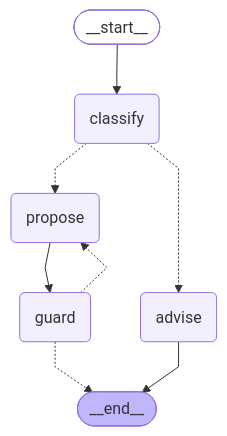
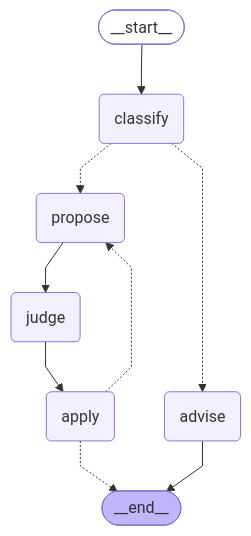
The diagram in lynq-agent/README.md (MatLock/UdeSA-lynq), drawn with Mermaid before and after one commit. The commit also changed other lines of this file and 30 other files, not shown here.

````diff
--- a/lynq-agent/README.md
+++ b/lynq-agent/README.md
@@ -53,24 +53,26 @@
 ```mermaid
 ---
 config:
   flowchart:
     curve: linear
 ---
 graph TD;
 	__start__([<p>__start__</p>]):::first
 	classify(classify)
 	advise(advise)
 	propose(propose)
-	guard(guard)
+	judge(judge)
+	apply(apply)
 	__end__([<p>__end__</p>]):::last
 	__start__ --> classify;
+	apply -.-> __end__;
+	apply -.-> propose;
 	classify -.-> advise;
 	classify -.-> propose;
-	guard -.-> __end__;
-	guard -.-> propose;
-	propose --> guard;
+	judge --> apply;
+	propose --> judge;
 	advise --> __end__;
 	classDef default fill:#f2f0ff,line-height:1.2
 	classDef first fill-opacity:0
 	classDef last fill:#bfb6fc
 ```
````
